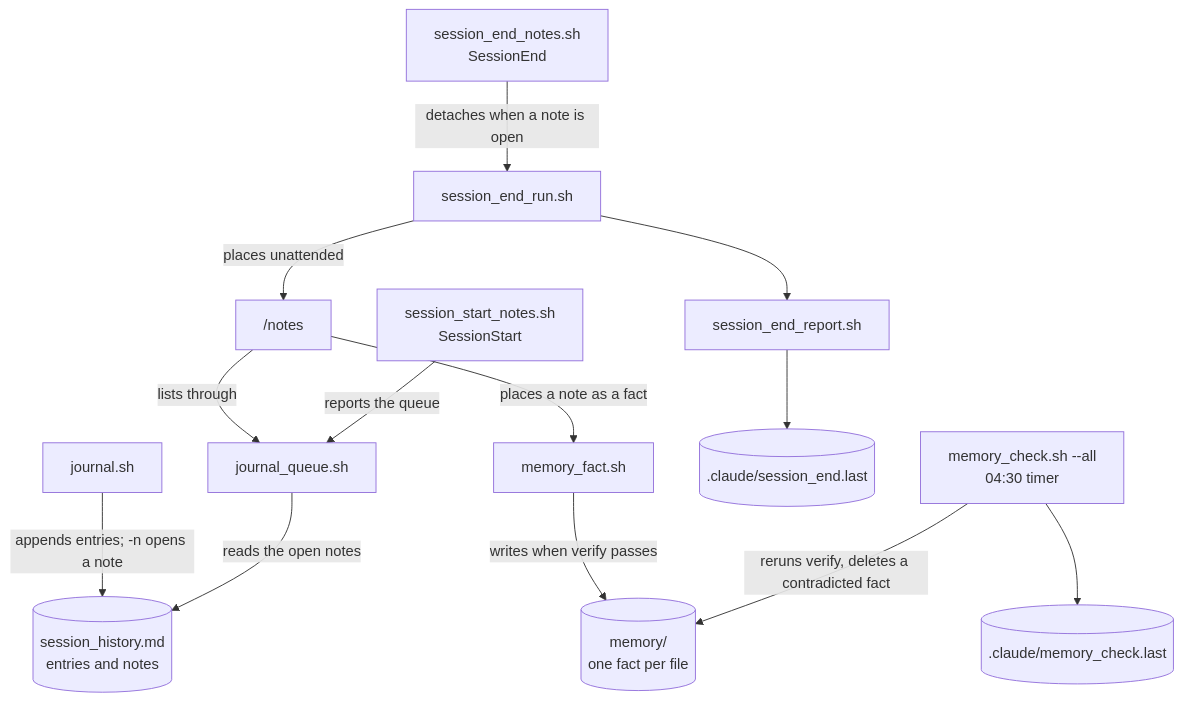
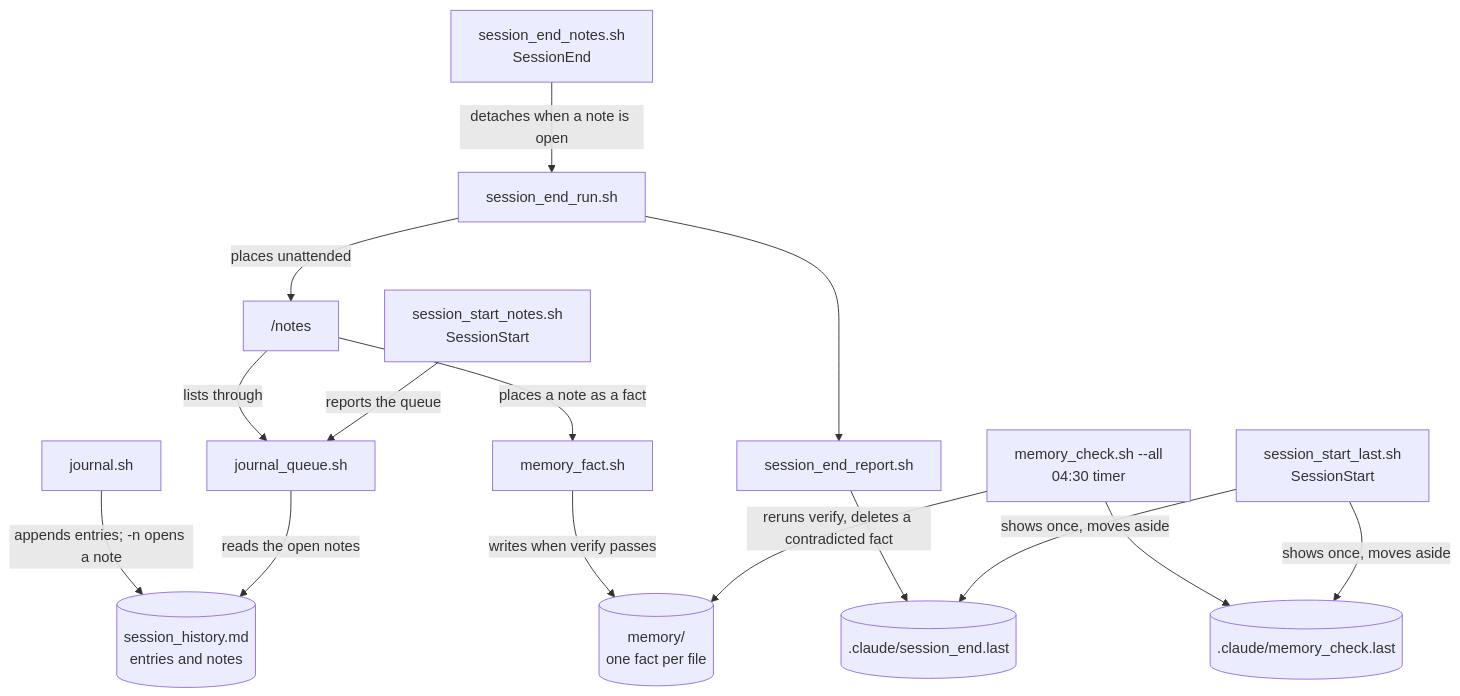
One commit to iguigova/dotclaude changed the fourth of 4 diagrams in ARCHITECTURE.md. Above: the diagram before and after it, drawn with Mermaid. The commit also changed other lines of this file and 42 other files, not shown here.

````diff
--- a/ARCHITECTURE.md
+++ b/ARCHITECTURE.md
@@ -204,16 +219,18 @@
 ```mermaid
 flowchart TB
   hist[("session_history.md<br>entries and notes")]
   mem[("memory/<br>one fact per file")]
   journal["journal.sh"] -- "appends entries; -n opens a note" --> hist
   queue["journal_queue.sh"] -- "reads the open notes" --> hist
   notes["/notes"] -- "lists through" --> queue
   notes -- "places a note as a fact" --> fact["memory_fact.sh"]
   start["session_start_notes.sh<br>SessionStart"] -- "reports the queue" --> queue
   endn["session_end_notes.sh<br>SessionEnd"] -- "detaches when a note is open" --> run["session_end_run.sh"]
   run -- "places unattended" --> notes
   run --> report["session_end_report.sh"] --> sel[(".claude/session_end.last")]
   fact -- "writes when verify passes" --> mem
   check["memory_check.sh --all<br>04:30 timer"] -- "reruns verify, deletes a contradicted fact" --> mem
   check --> mcl[(".claude/memory_check.last")]
+  last["session_start_last.sh<br>SessionStart"] -- "shows once, moves aside" --> sel
+  last -- "shows once, moves aside" --> mcl
 ```
````
